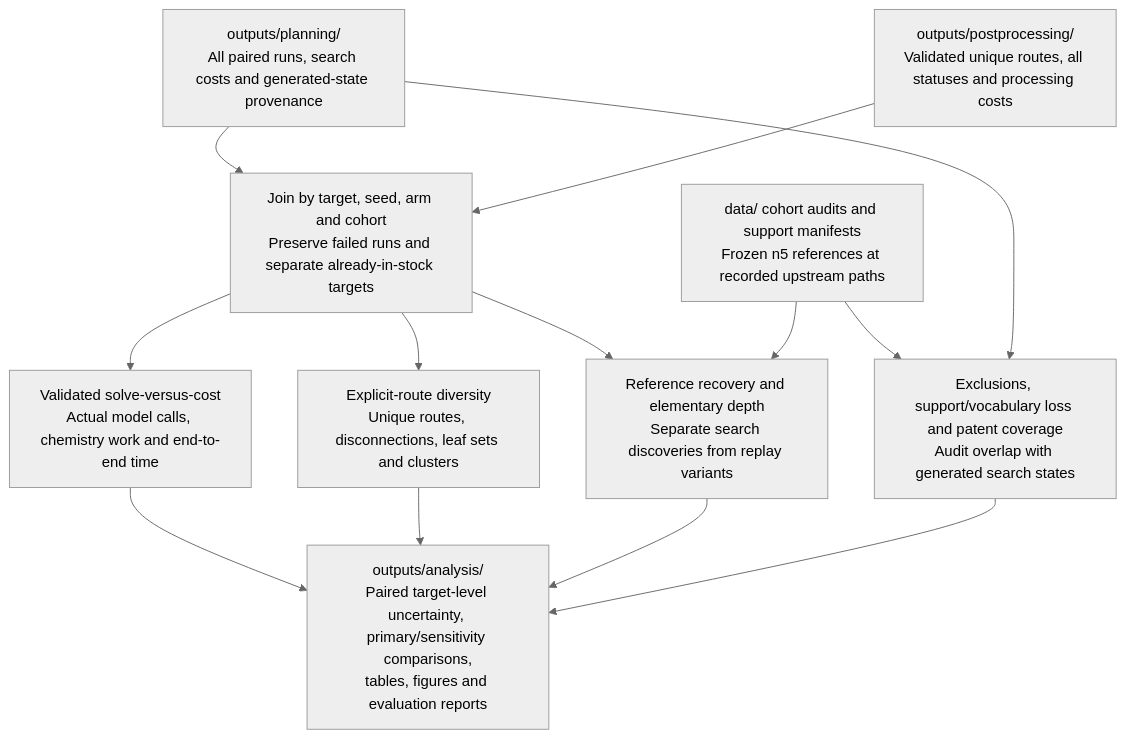
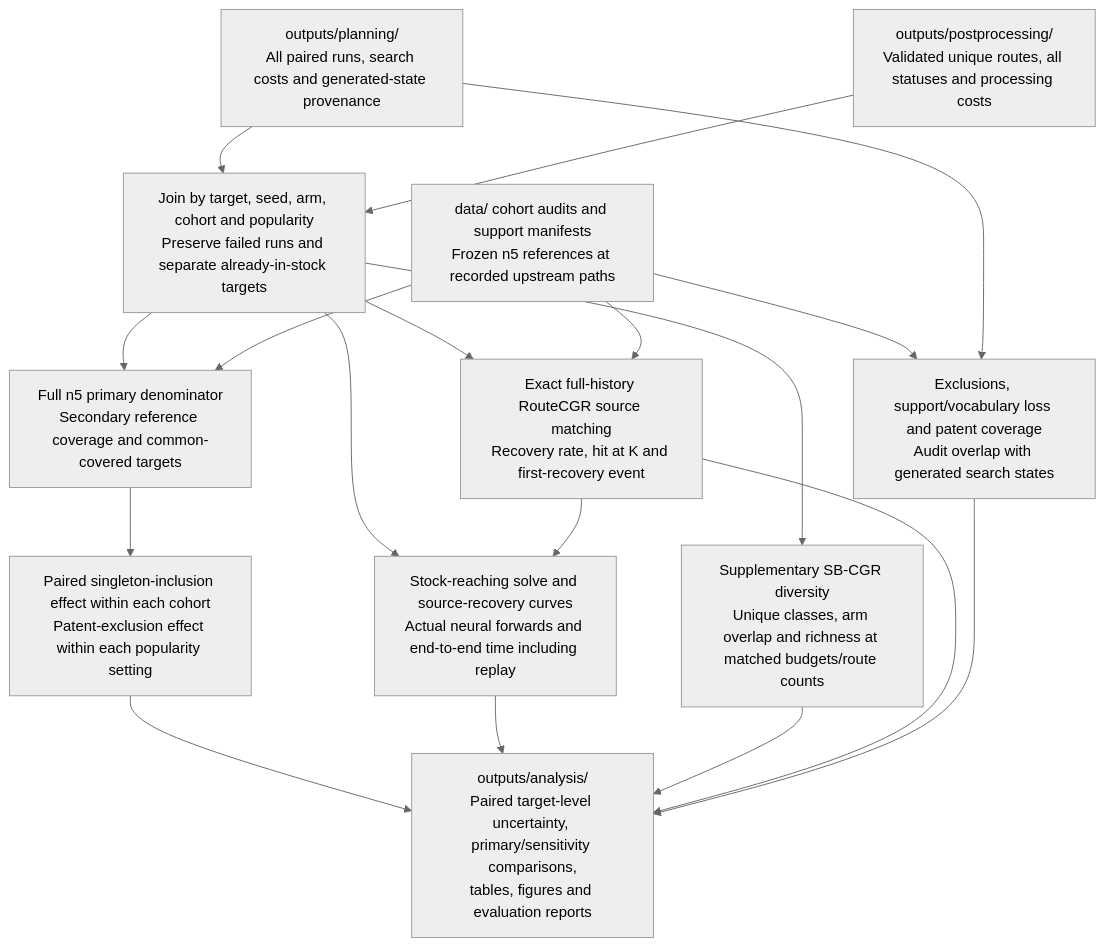
One commit to Protolaw/retrocomposite changed the diagram in docs/diagrams/analysis.md. Above: the diagram before and after it, drawn with Mermaid (neutral theme). The commit also changed other lines of this file and 10 other files, not shown here.

````diff
--- a/docs/diagrams/analysis.md
+++ b/docs/diagrams/analysis.md
@@ -7,24 +8,30 @@
 ```mermaid
 flowchart TD
     RUNS["outputs/planning/<br/>All paired runs, search costs and generated-state provenance"]
     ROUTES["outputs/postprocessing/<br/>Validated unique routes, all statuses and processing costs"]
     DATA["data/ cohort audits and support manifests<br/>Frozen n5 references at recorded upstream paths"]
-    JOIN["Join by target, seed, arm and cohort<br/>Preserve failed runs and separate already-in-stock targets"]
-    COST["Validated solve-versus-cost<br/>Actual model calls, chemistry work and end-to-end time"]
-    DIVERSITY["Explicit-route diversity<br/>Unique routes, disconnections, leaf sets and clusters"]
-    RECOVERY["Reference recovery and elementary depth<br/>Separate search discoveries from replay variants"]
+    JOIN["Join by target, seed, arm, cohort and popularity<br/>Preserve failed runs and separate already-in-stock targets"]
+    STRATA["Full n5 primary denominator<br/>Secondary reference coverage and common-covered targets"]
+    FACTORS["Paired singleton-inclusion effect within each cohort<br/>Patent-exclusion effect within each popularity setting"]
+    COST["Stock-reaching solve and source-recovery curves<br/>Actual neural forwards and end-to-end time including replay"]
+    DIVERSITY["Supplementary SB-CGR diversity<br/>Unique classes, arm overlap and richness at matched budgets/route counts"]
+    RECOVERY["Exact full-history RouteCGR source matching<br/>Recovery rate, hit at K and first-recovery event"]
     AUDIT["Exclusions, support/vocabulary loss and patent coverage<br/>Audit overlap with generated search states"]
     REPORT["outputs/analysis/<br/>Paired target-level uncertainty, primary/sensitivity comparisons,<br/>tables, figures and evaluation reports"]
     RUNS --> JOIN
     ROUTES --> JOIN
+    JOIN --> STRATA
+    DATA --> STRATA
+    STRATA --> FACTORS --> REPORT
     JOIN --> COST
     JOIN --> DIVERSITY
     JOIN --> RECOVERY
     DATA --> RECOVERY
+    RECOVERY --> COST
     DATA --> AUDIT
     RUNS --> AUDIT
     COST --> REPORT
     DIVERSITY --> REPORT
     RECOVERY --> REPORT
     AUDIT --> REPORT
 ```
````
